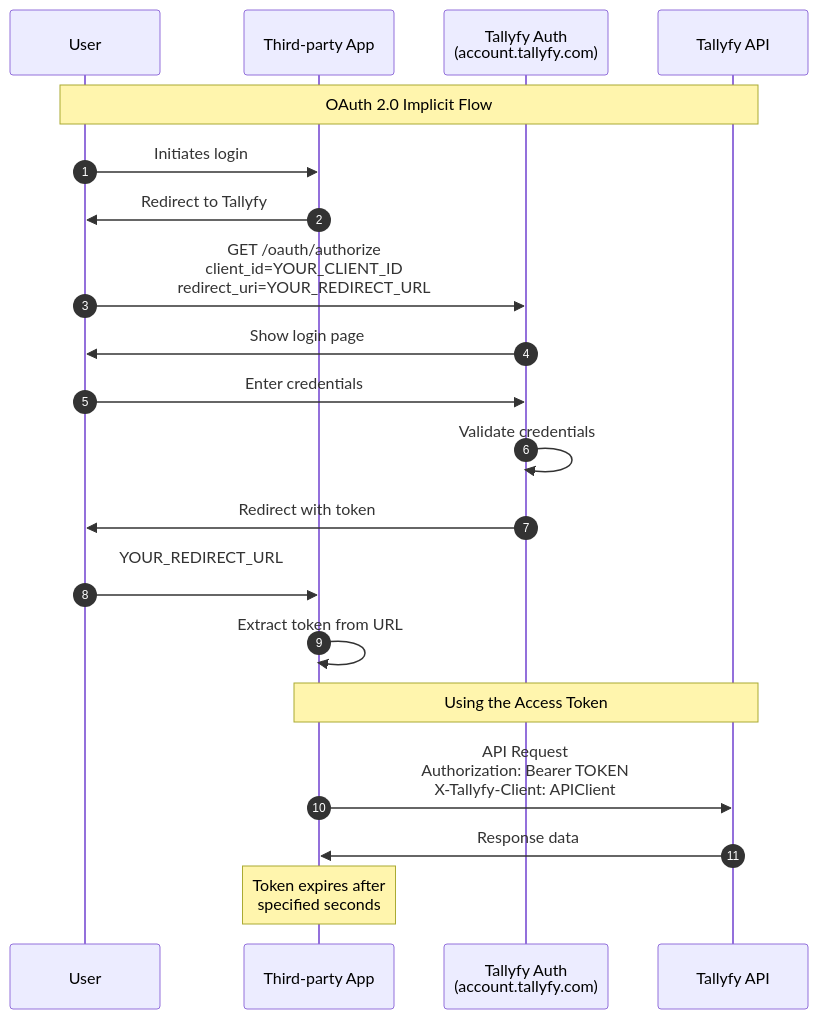
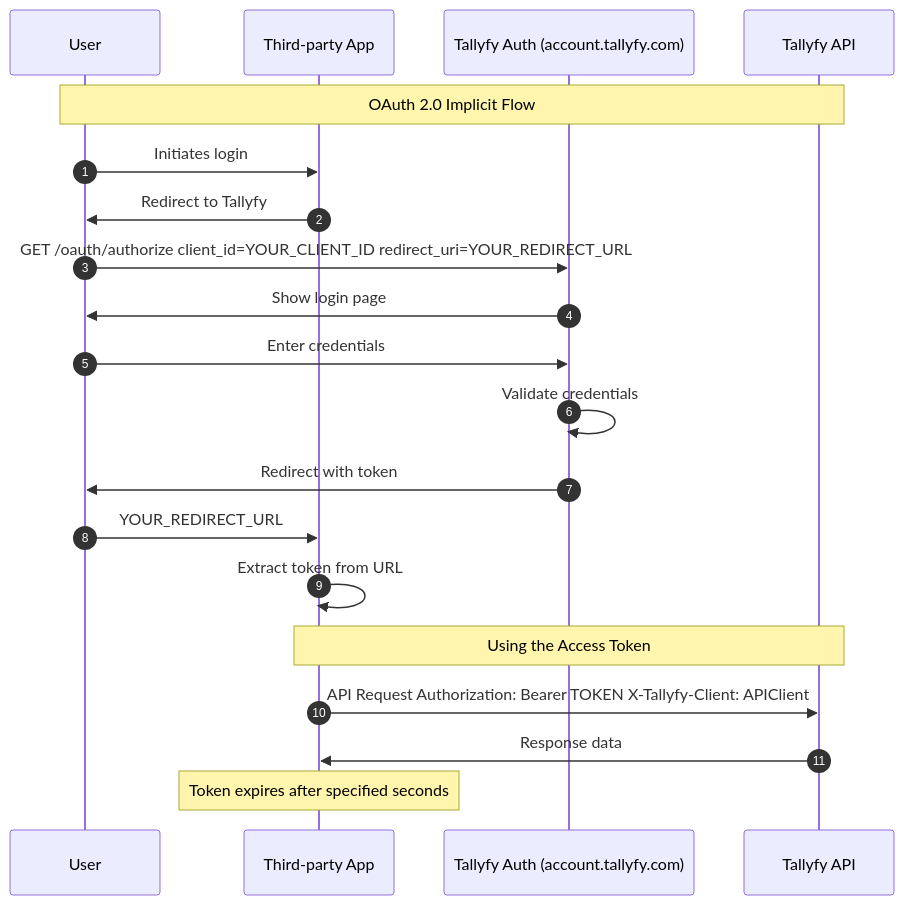
One commit to tallyfy/documentation changed the diagram in src/content/docs/pro/integrations/open-api/oauth-authorization-flow.mdx. Above: the diagram before and after it, drawn with Mermaid. The commit also changed 46 other files, not shown here.

Commit message:
Update Mermaid notation

````diff
--- a/src/content/docs/pro/integrations/open-api/oauth-authorization-flow.mdx
+++ b/src/content/docs/pro/integrations/open-api/oauth-authorization-flow.mdx
@@ -31,27 +31,27 @@
 ```mermaid
 sequenceDiagram
-    autonumber
-    participant User
-    participant App as Third-party App
-    participant Auth as Tallyfy Auth<br/>(account.tallyfy.com)
-    participant API as Tallyfy API
-    
-    Note over User,API: OAuth 2.0 Implicit Flow
-    
-    User->>App: Initiates login
-    App->>User: Redirect to Tallyfy
-    User->>Auth: GET /oauth/authorize<br/>client_id=YOUR_CLIENT_ID<br/>redirect_uri=YOUR_REDIRECT_URL
-    Auth->>User: Show login page
-    User->>Auth: Enter credentials
-    Auth->>Auth: Validate credentials
-    Auth->>User: Redirect with token
-    User->>App: YOUR_REDIRECT_URL<br/>#access_token=TOKEN<br/>&expires_in=840
-    App->>App: Extract token from URL
-    
-    Note over App,API: Using the Access Token
-    
-    App->>API: API Request<br/>Authorization: Bearer TOKEN<br/>X-Tallyfy-Client: APIClient
-    API->>App: Response data
-    
-    Note over App: Token expires after<br/>specified seconds
+ autonumber
+ participant User
+ participant App as Third-party App
+ participant Auth as Tallyfy Auth (account.tallyfy.com)
+ participant API as Tallyfy API
+ 
+ Note over User,API: OAuth 2.0 Implicit Flow
+ 
+ User->>App: Initiates login
+ App->>User: Redirect to Tallyfy
+ User->>Auth: GET /oauth/authorize client_id=YOUR_CLIENT_ID redirect_uri=YOUR_REDIRECT_URL
+ Auth->>User: Show login page
+ User->>Auth: Enter credentials
+ Auth->>Auth: Validate credentials
+ Auth->>User: Redirect with token
+ User->>App: YOUR_REDIRECT_URL #access_token=TOKEN &expires_in=840
+ App->>App: Extract token from URL
+ 
+ Note over App,API: Using the Access Token
+ 
+ App->>API: API Request Authorization: Bearer TOKEN X-Tallyfy-Client: APIClient
+ API->>App: Response data
+ 
+ Note over App: Token expires after specified seconds
 ```
````
